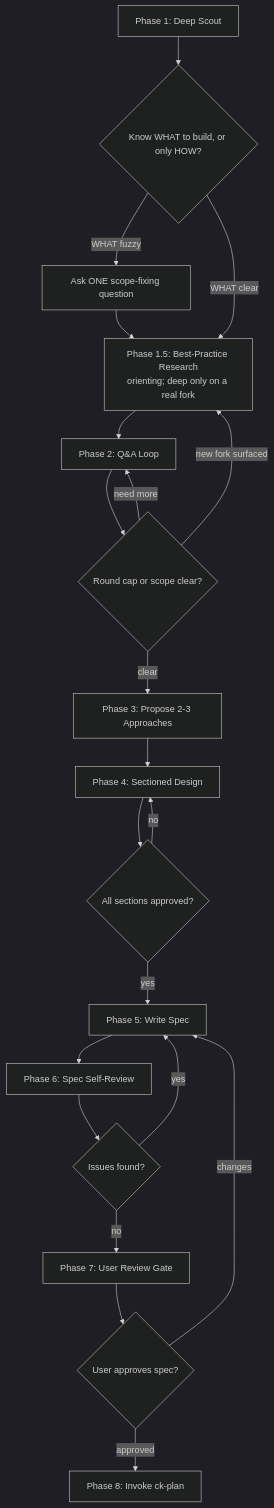
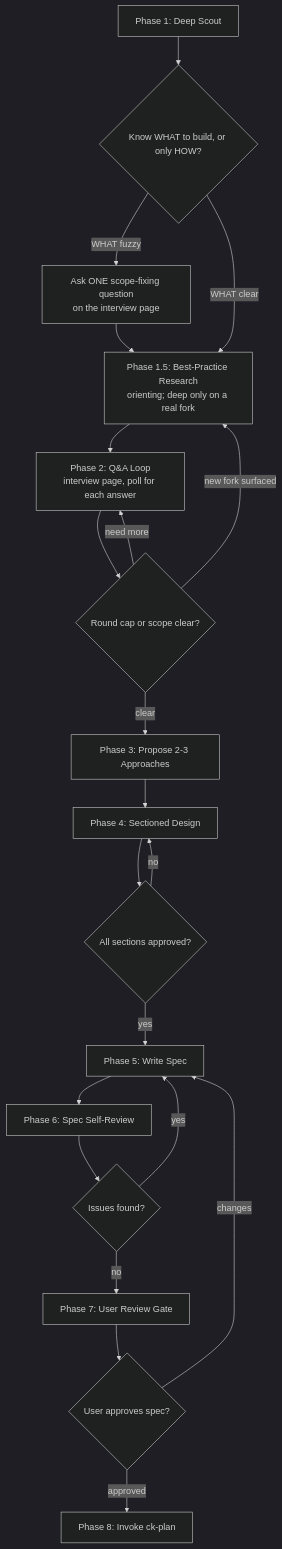
Before and after one commit to dphong1995/skills: the diagram in skills/brainstorm-pro/SKILL.md, drawn with Mermaid (dark theme). The commit also changed other lines of this file and 7 other files, not shown here.

First line of the commit message:
Ask brainstorm-pro and cook interview questions on an Artifact page

````diff
--- a/skills/brainstorm-pro/SKILL.md
+++ b/skills/brainstorm-pro/SKILL.md
@@ -57,22 +60,22 @@
 ```mermaid
 flowchart TD
     A[Phase 1: Deep Scout] --> W{Know WHAT to build, or only HOW?}
-    W -->|WHAT fuzzy| Q0[Ask ONE scope-fixing question] --> R
+    W -->|WHAT fuzzy| Q0[Ask ONE scope-fixing question<br/>on the interview page] --> R
     W -->|WHAT clear| R[Phase 1.5: Best-Practice Research<br/>orienting; deep only on a real fork]
-    R --> B[Phase 2: Q&A Loop]
+    R --> B[Phase 2: Q&A Loop<br/>interview page, poll for each answer]
     B --> C{Round cap or scope clear?}
     C -->|need more| B
     C -->|new fork surfaced| R
     C -->|clear| D[Phase 3: Propose 2-3 Approaches]
     D --> E[Phase 4: Sectioned Design]
     E --> F{All sections approved?}
     F -->|no| E
     F -->|yes| G[Phase 5: Write Spec]
     G --> H[Phase 6: Spec Self-Review]
     H --> I{Issues found?}
     I -->|yes| G
     I -->|no| J[Phase 7: User Review Gate]
     J --> K{User approves spec?}
     K -->|changes| G
     K -->|approved| L[Phase 8: Invoke ck-plan]
 ```
````
